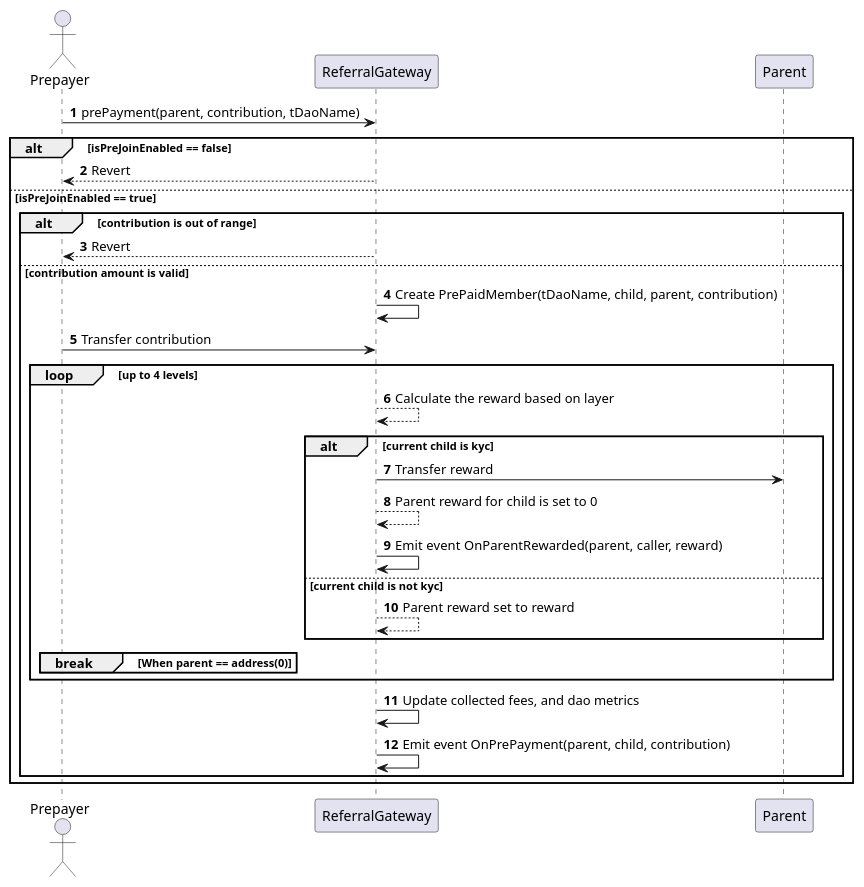
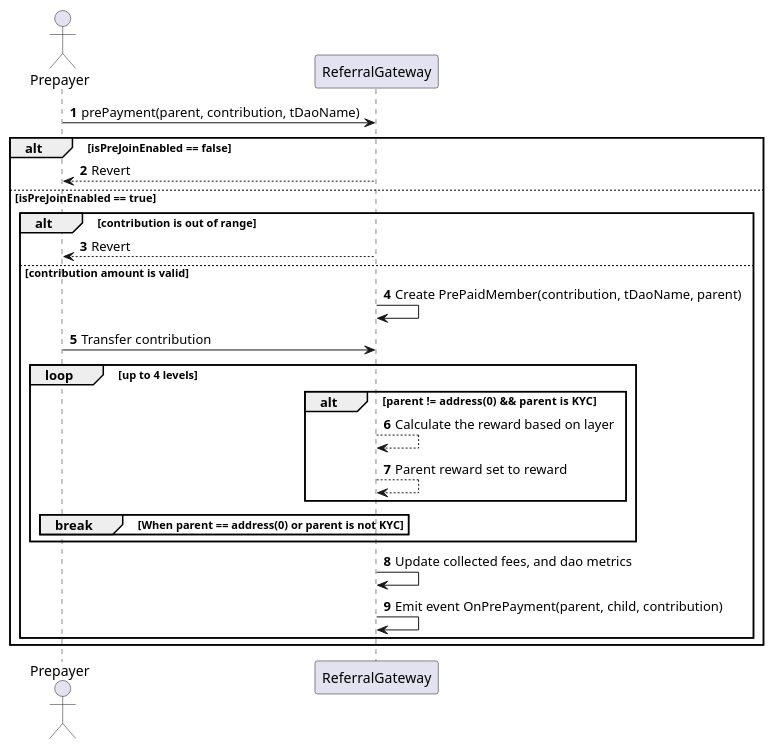
Before and after one commit to TakafulDAO/takasure.sc: the diagram in docs/sequence_diagrams/ReferralGateway/referral-prepayments.puml, drawn with PlantUML. The commit also changed 17 other files, not shown here.

```diff
--- a/docs/sequence_diagrams/ReferralGateway/referral-prepayments.puml
+++ b/docs/sequence_diagrams/ReferralGateway/referral-prepayments.puml
@@ -1,41 +1,36 @@
 @startuml Referrals and Prepayments
 autonumber
 
 actor Prepayer
 
 Prepayer -> ReferralGateway: prePayment(parent, contribution, tDaoName)
 
 alt isPreJoinEnabled == false
     ReferralGateway --> Prepayer: Revert
 
 else isPreJoinEnabled == true
 
     alt contribution is out of range
         ReferralGateway --> Prepayer: Revert
 
     else contribution amount is valid
-        ReferralGateway -> ReferralGateway: Create PrePaidMember(tDaoName, child, parent, contribution)
+        ReferralGateway -> ReferralGateway: Create PrePaidMember(contribution, tDaoName, parent)
         Prepayer -> ReferralGateway: Transfer contribution
 
         loop up to 4 levels
-            ReferralGateway --> ReferralGateway: Calculate the reward based on layer
-                    
-            alt current child is kyc
-                ReferralGateway -> Parent: Transfer reward
-                ReferralGateway --> ReferralGateway: Parent reward for child is set to 0
-                ReferralGateway -> ReferralGateway: Emit event OnParentRewarded(parent, caller, reward)
-                    
-            else current child is not kyc
+            alt parent != address(0) &&  parent is KYC
+                ReferralGateway --> ReferralGateway: Calculate the reward based on layer
                 ReferralGateway --> ReferralGateway: Parent reward set to reward                   
+                                
             end
 
-        break When parent == address(0)
+        break When parent == address(0) or parent is not KYC
         end
     end
         
         ReferralGateway -> ReferralGateway: Update collected fees, and dao metrics
         ReferralGateway -> ReferralGateway: Emit event OnPrePayment(parent, child, contribution)
     end
 end
 
 @enduml    
```
